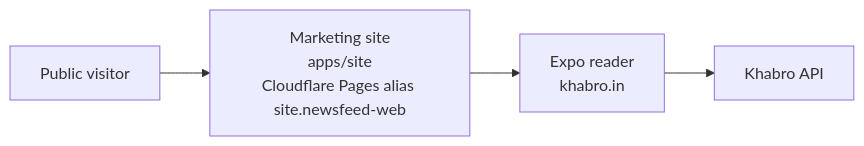
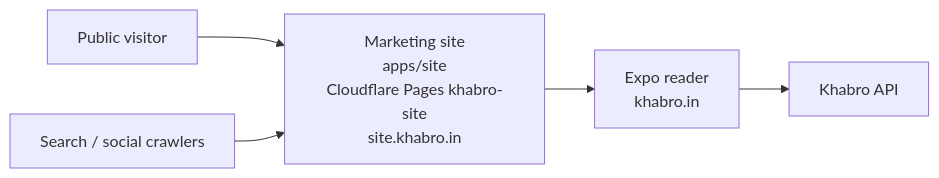
The diagram in docs/architecture/09-marketing-site.md (sshivanshg/TAZAkhabar), drawn with Mermaid before and after one commit. The commit also changed other lines of this file and 16 other files, not shown here.

First line of the commit message:
feat(site): add crawlable SEO for marketing and reader hygiene

````diff
--- a/docs/architecture/09-marketing-site.md
+++ b/docs/architecture/09-marketing-site.md
@@ -17,6 +17,7 @@
 ```mermaid
 flowchart LR
-  Visitor[Public visitor] --> Site[Marketing site<br/>apps/site<br/>Cloudflare Pages alias site.newsfeed-web]
+  Visitor[Public visitor] --> Site[Marketing site<br/>apps/site<br/>Cloudflare Pages khabro-site<br/>site.khabro.in]
+  Crawler[Search / social crawlers] --> Site
   Site --> Reader[Expo reader<br/>khabro.in]
   Reader --> API[Khabro API]
 ```
````
